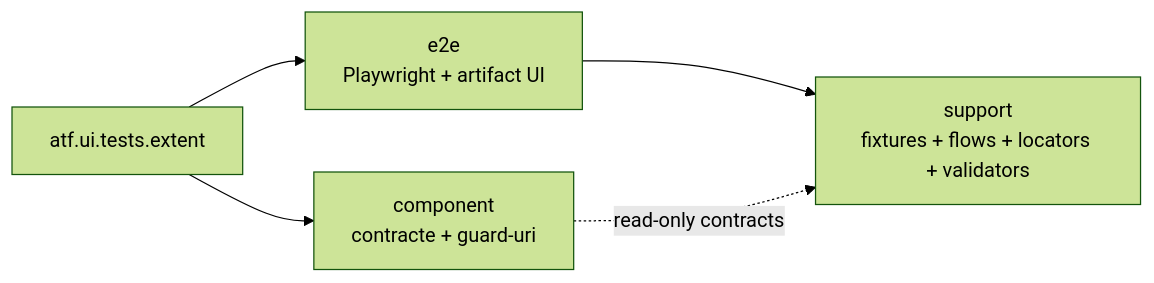
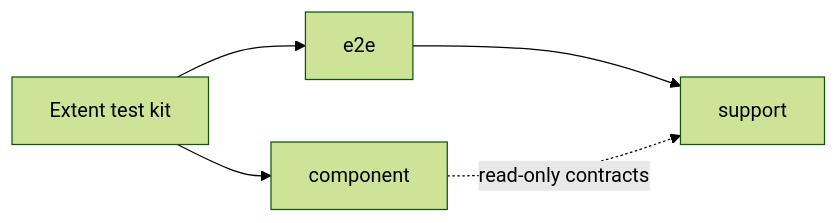
The diagram in atf-reporting-tests/src/test/java/atf/ui/tests/extent/README.md (crististefanita/demo2), drawn with Mermaid (forest theme) before and after one commit. The commit also changed 132 other files, not shown here.

````diff
--- a/atf-reporting-tests/src/test/java/atf/ui/tests/extent/README.md
+++ b/atf-reporting-tests/src/test/java/atf/ui/tests/extent/README.md
@@ -18,8 +18,8 @@
 ```mermaid
 flowchart LR
-    Root[atf.ui.tests.extent]
-    Root --> Component[component<br/>contracte + guard-uri]
-    Root --> E2E[e2e<br/>Playwright + artifact UI]
-    E2E --> Support[support<br/>fixtures + flows + locators + validators]
+    Root[Extent test kit]
+    Root --> Component[component]
+    Root --> E2E[e2e]
+    E2E --> Support[support]
     Component -. read-only contracts .-> Support
 ```
````
